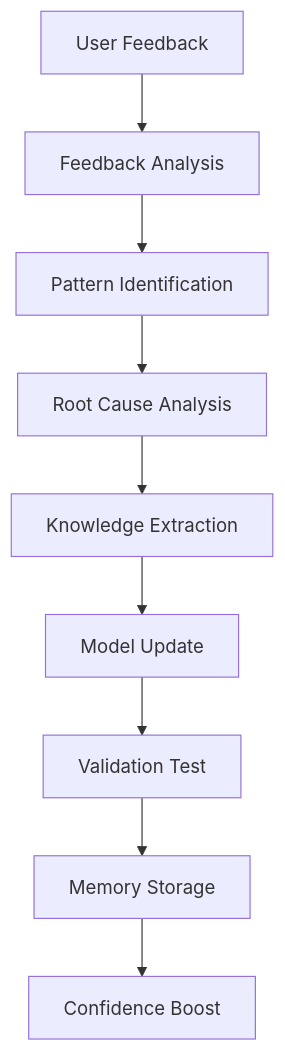
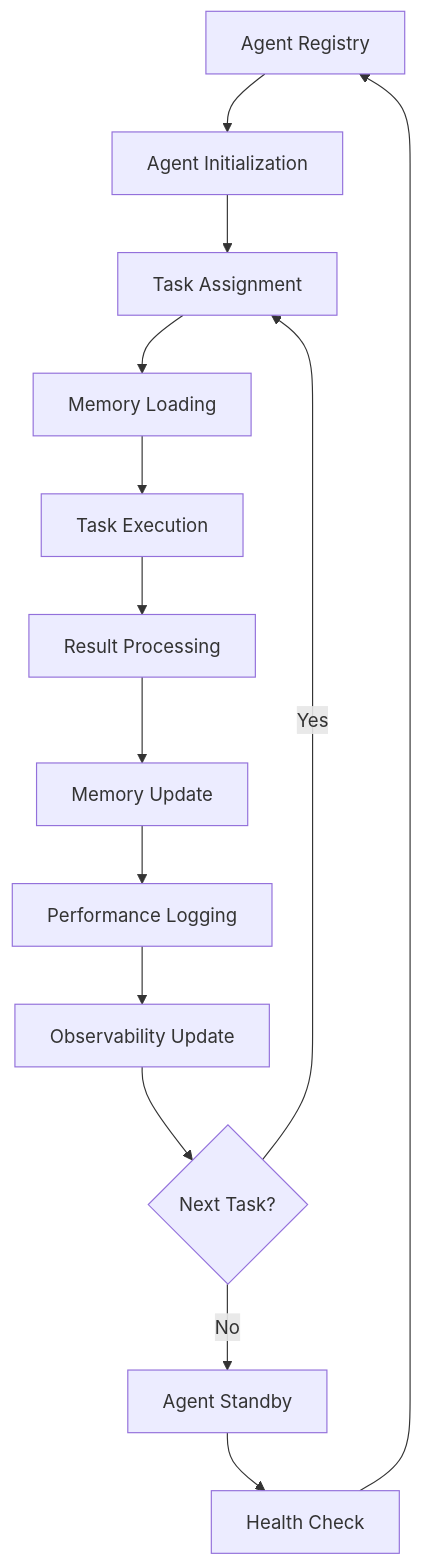
The first of 2 diagrams in docs/CREWAI.md (amitcjmu/Stock-Analysis), drawn with Mermaid before and after one commit. The commit also changed other lines of this file and 3 other files, not shown here.

````diff
--- a/docs/CREWAI.md
+++ b/docs/CREWAI.md
@@ -178,11 +74,16 @@
 ```mermaid
-graph TD
-    A[User Feedback] --> B[Feedback Analysis]
-    B --> C[Pattern Identification]
-    C --> D[Root Cause Analysis]
-    D --> E[Knowledge Extraction]
-    E --> F[Model Update]
-    F --> G[Validation Test]
-    G --> H[Memory Storage]
-    H --> I[Confidence Boost]
+graph TB
+    A[Agent Registry] --> B[Agent Initialization]
+    B --> C[Task Assignment]
+    C --> D[Memory Loading]
+    D --> E[Task Execution]
+    E --> F[Result Processing]
+    F --> G[Memory Update]
+    G --> H[Performance Logging]
+    H --> I[Observability Update]
+    I --> J{Next Task?}
+    J -->|Yes| C
+    J -->|No| K[Agent Standby]
+    K --> L[Health Check]
+    L --> A
 ```
````
